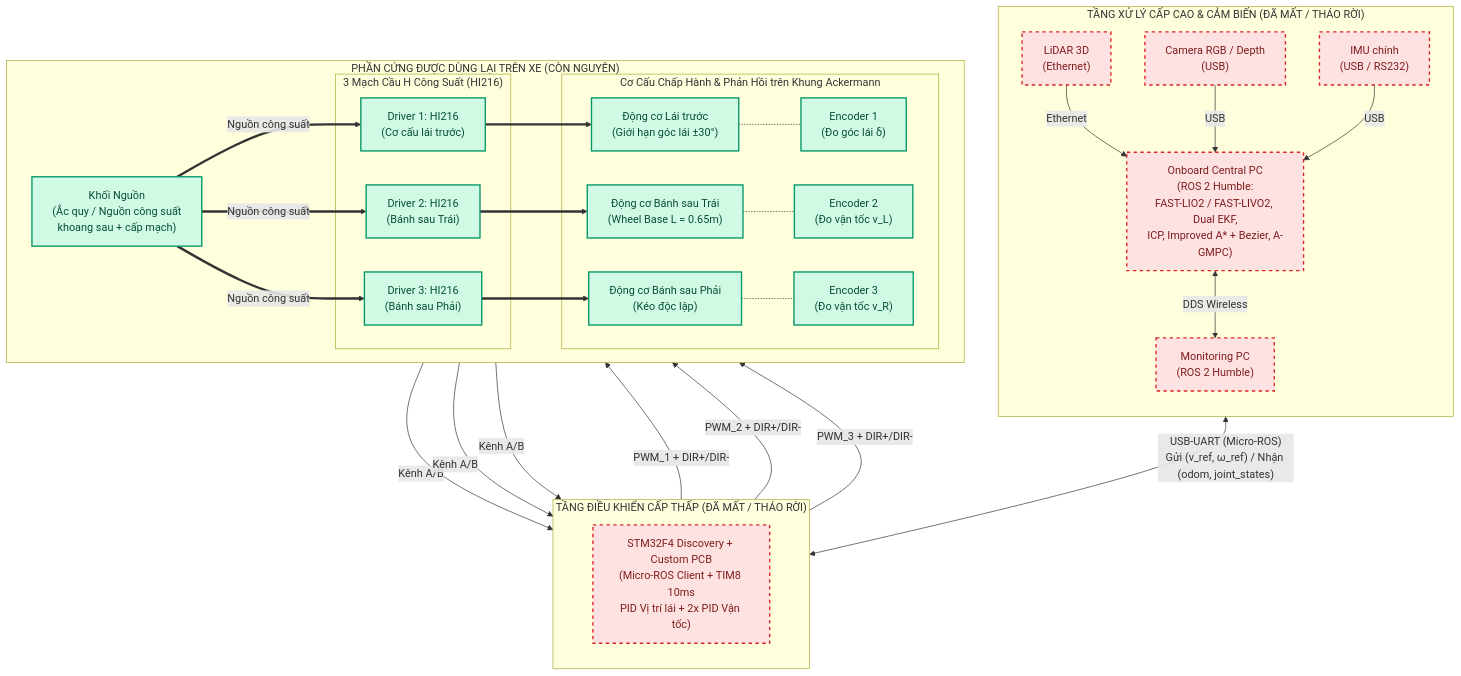
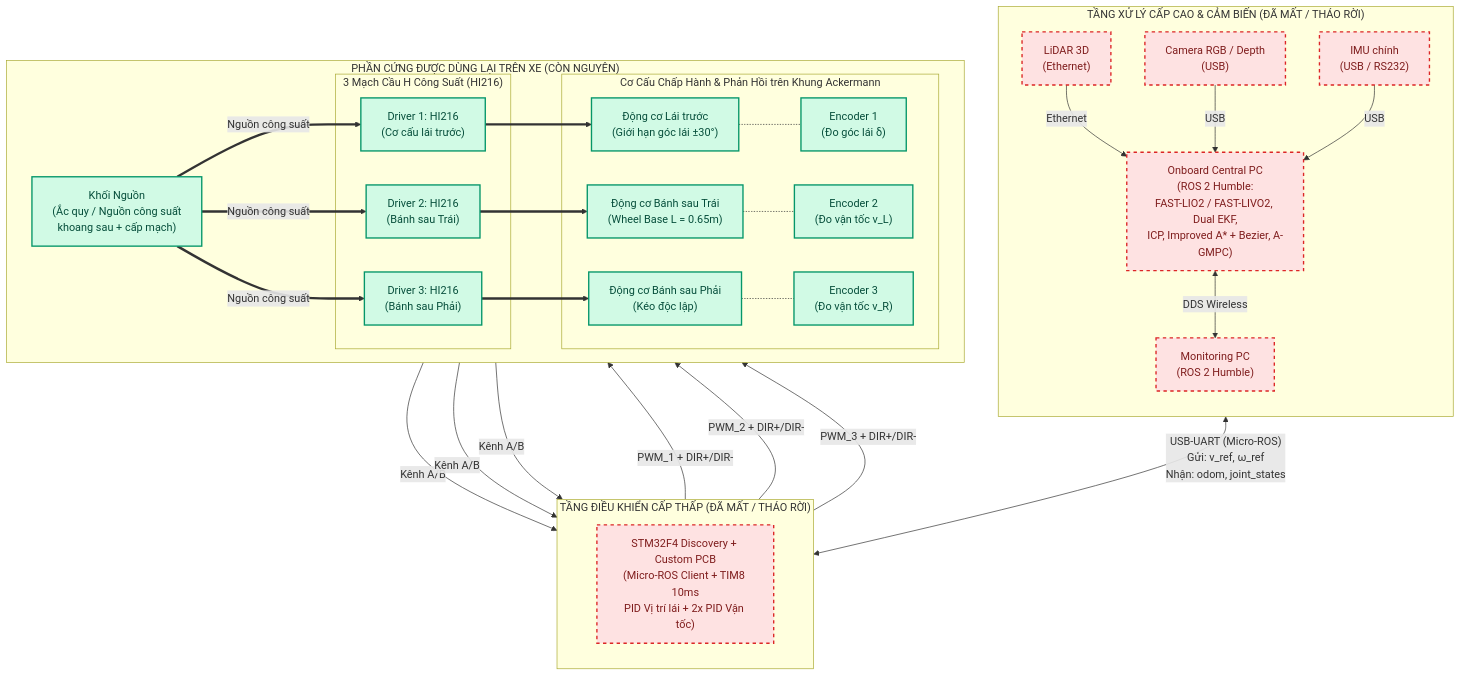
One commit to hutaozuzu/Do-an changed the first of 7 diagrams in K2022_SYSTEM_ARCHITECTURE.md. Above: the diagram before and after it, drawn with Mermaid. The commit also changed other lines of this file and 1 other file, not shown here.

Commit message:
fix: wrap long Mermaid edge labels to prevent text clipping

````diff
--- a/K2022_SYSTEM_ARCHITECTURE.md
+++ b/K2022_SYSTEM_ARCHITECTURE.md
@@ -31,62 +31,62 @@
 ```mermaid
 flowchart TB
     subgraph LOST_HIGH ["TẦNG XỬ LÝ CẤP CAO & CẢM BIẾN (ĐÃ MẤT / THÁO RỜI)"]
         direction TB
         MON["Monitoring PC<br/>(ROS 2 Humble)"]
         PC["Onboard Central PC<br/>(ROS 2 Humble:<br/>FAST-LIO2 / FAST-LIVO2, Dual EKF,<br/>ICP, Improved A* + Bezier, A-GMPC)"]
         LIDAR["LiDAR 3D<br/>(Ethernet)"]
         CAM["Camera RGB / Depth<br/>(USB)"]
         IMU["IMU chính<br/>(USB / RS232)"]
 
         LIDAR -->|"Ethernet"| PC
         CAM -->|"USB"| PC
         IMU -->|"USB"| PC
         PC <-->|"DDS Wireless"| MON
     end
 
     subgraph LOST_LOW ["TẦNG ĐIỀU KHIỂN CẤP THẤP (ĐÃ MẤT / THÁO RỜI)"]
         direction TB
         MCU["STM32F4 Discovery + Custom PCB<br/>(Micro-ROS Client + TIM8 10ms<br/>PID Vị trí lái + 2x PID Vận tốc)"]
     end
 
     subgraph KEPT_HW ["PHẦN CỨNG ĐƯỢC DÙNG LẠI TRÊN XE (CÒN NGUYÊN)"]
         direction LR
         PWR["Khối Nguồn<br/>(Ắc quy / Nguồn công suất<br/>khoang sau + cấp mạch)"]
         
         subgraph DRIVERS ["3 Mạch Cầu H Công Suất (HI216)"]
             DRV1["Driver 1: HI216<br/>(Cơ cấu lái trước)"]
             DRV2["Driver 2: HI216<br/>(Bánh sau Trái)"]
             DRV3["Driver 3: HI216<br/>(Bánh sau Phải)"]
         end
 
         subgraph ACTUATORS ["Cơ Cấu Chấp Hành & Phản Hồi trên Khung Ackermann"]
             M1["Động cơ Lái trước<br/>(Giới hạn góc lái ±30°)"]
             E1["Encoder 1<br/>(Đo góc lái δ)"]
             M2["Động cơ Bánh sau Trái<br/>(Wheel Base L = 0.65m)"]
             E2["Encoder 2<br/>(Đo vận tốc v_L)"]
             M3["Động cơ Bánh sau Phải<br/>(Kéo độc lập)"]
             E3["Encoder 3<br/>(Đo vận tốc v_R)"]
         end
 
         PWR ==>|"Nguồn công suất"| DRV1 & DRV2 & DRV3
         DRV1 ==> M1
         DRV2 ==> M2
         DRV3 ==> M3
         M1 -.- E1
         M2 -.- E2
         M3 -.- E3
     end
 
-    PC <-->|"USB-UART (Micro-ROS)<br/>Gửi (v_ref, ω_ref) / Nhận (odom, joint_states)"| MCU
+    PC <-->|"USB-UART (Micro-ROS)<br/>Gửi: v_ref, ω_ref<br/>Nhận: odom, joint_states"| MCU
     MCU -->|"PWM_1 + DIR+/DIR-"| DRV1
     MCU -->|"PWM_2 + DIR+/DIR-"| DRV2
     MCU -->|"PWM_3 + DIR+/DIR-"| DRV3
     E1 -->|"Kênh A/B"| MCU
     E2 -->|"Kênh A/B"| MCU
     E3 -->|"Kênh A/B"| MCU
 
     classDef kept fill:#d1fae5,stroke:#059669,stroke-width:2px,color:#064e3b;
     classDef lost fill:#fee2e2,stroke:#dc2626,stroke-width:2px,stroke-dasharray: 5 5,color:#7f1d1d;
     class PWR,DRV1,DRV2,DRV3,M1,M2,M3,E1,E2,E3 kept;
     class MON,PC,LIDAR,CAM,IMU,MCU lost;
 ```
````
